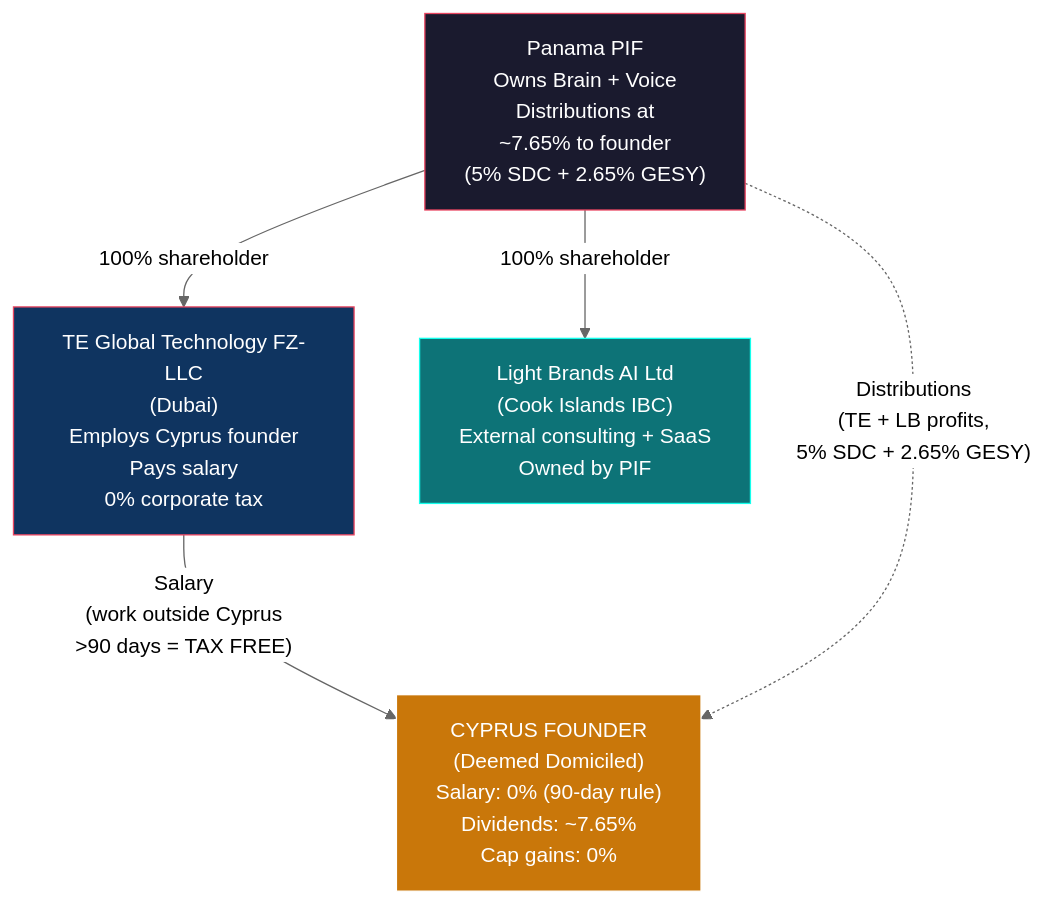
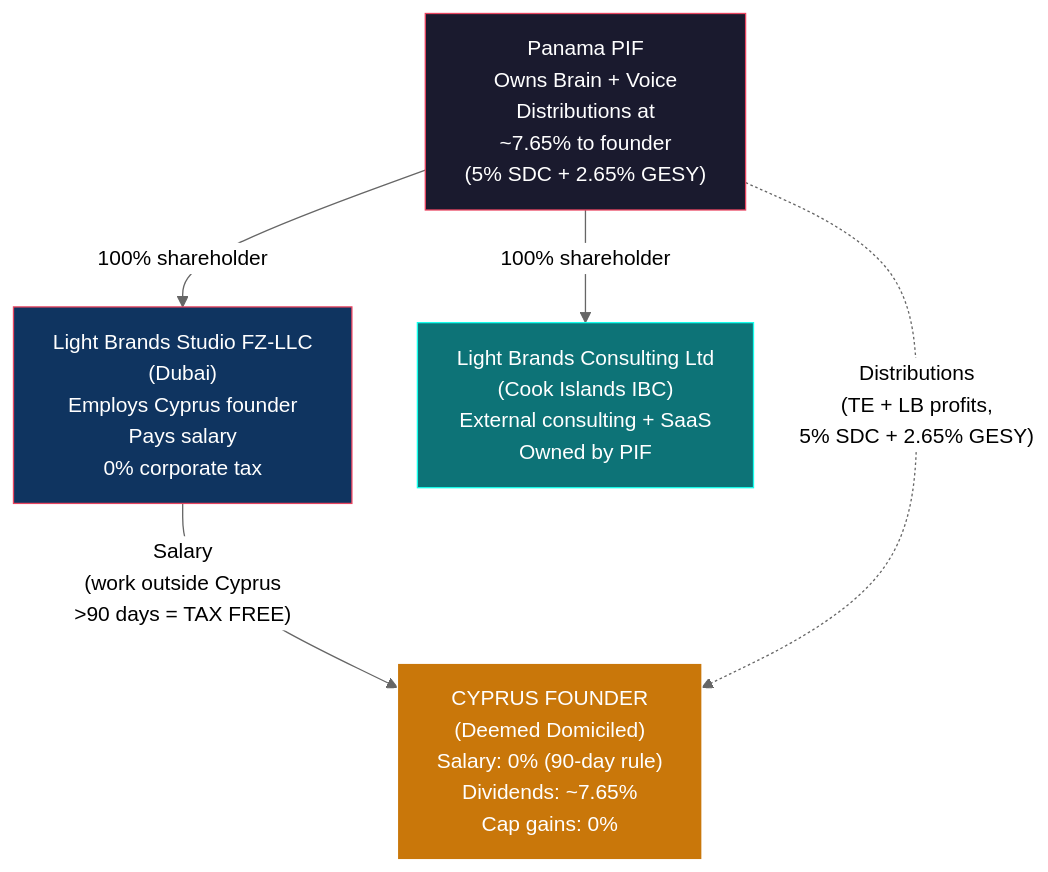
The diagram in docs/tax-structure/05-FOUNDER-GUIDE-CYPRUS.md (Light-Brands/epic-center), drawn with Mermaid (neutral theme) before and after one commit. The commit also changed other lines of this file and 7 other files, not shown here.

First line of the commit message:
Rename entities: Light Brands Studio (UAE) + Light Brands Consulting (CI IBC)

````diff
--- a/docs/tax-structure/05-FOUNDER-GUIDE-CYPRUS.md
+++ b/docs/tax-structure/05-FOUNDER-GUIDE-CYPRUS.md
@@ -19,20 +19,20 @@
 ```mermaid
 graph TB
-    BRAIN["TE Global Technology FZ-LLC<br/>(Dubai)<br/>Employs Cyprus founder<br/>Pays salary<br/>0% corporate tax"]
+    BRAIN["Light Brands Studio FZ-LLC<br/>(Dubai)<br/>Employs Cyprus founder<br/>Pays salary<br/>0% corporate tax"]
 
-    VOICE["Light Brands AI Ltd<br/>(Cook Islands IBC)<br/>External consulting + SaaS<br/>Owned by PIF"]
+    VOICE["Light Brands Consulting Ltd<br/>(Cook Islands IBC)<br/>External consulting + SaaS<br/>Owned by PIF"]
 
     SHIELD["Panama PIF<br/>Owns Brain + Voice<br/>Distributions at<br/>~7.65% to founder<br/>(5% SDC + 2.65% GESY)"]
 
     CYPRUS["CYPRUS FOUNDER<br/>(Deemed Domiciled)<br/>Salary: 0% (90-day rule)<br/>Dividends: ~7.65%<br/>Cap gains: 0%"]
 
     SHIELD -->|"100% shareholder"| BRAIN
     SHIELD -->|"100% shareholder"| VOICE
     BRAIN -->|"Salary<br/>(work outside Cyprus<br/>>90 days = TAX FREE)"| CYPRUS
     SHIELD -.->|"Distributions<br/>(TE + LB profits,<br/>5% SDC + 2.65% GESY)"| CYPRUS
 
     style BRAIN fill:#0f3460,stroke:#e94560,color:#fff
     style VOICE fill:#0d7377,stroke:#14ffec,color:#fff
     style SHIELD fill:#1a1a2e,stroke:#e94560,color:#fff
     style CYPRUS fill:#c9770a,stroke:#fff,color:#fff
 ```
````
